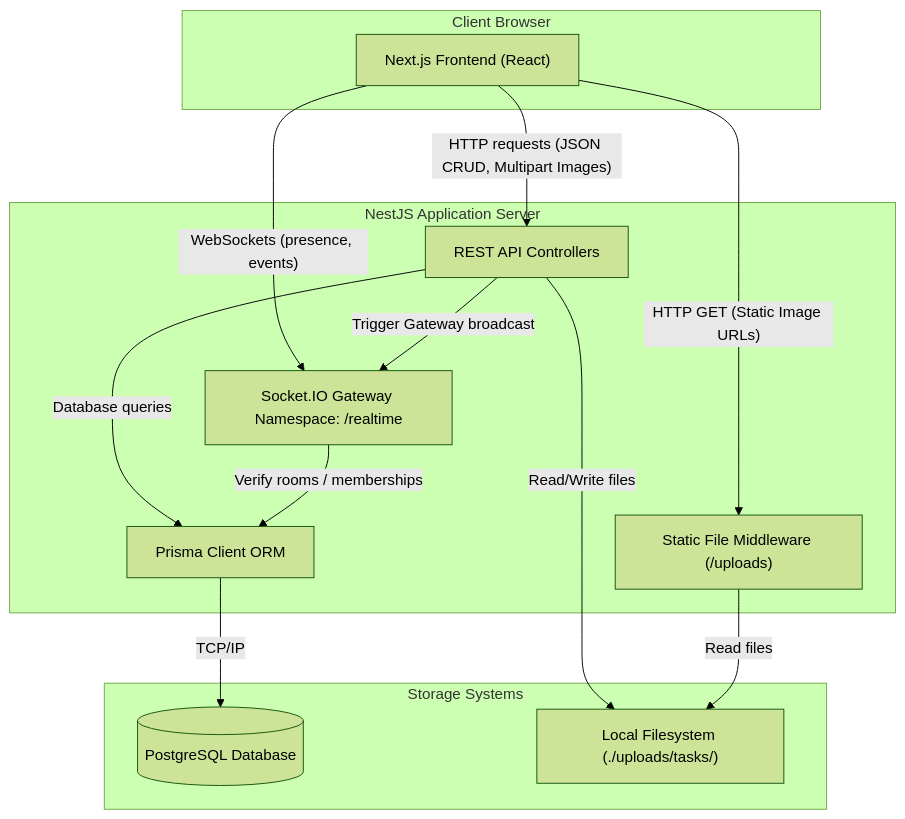
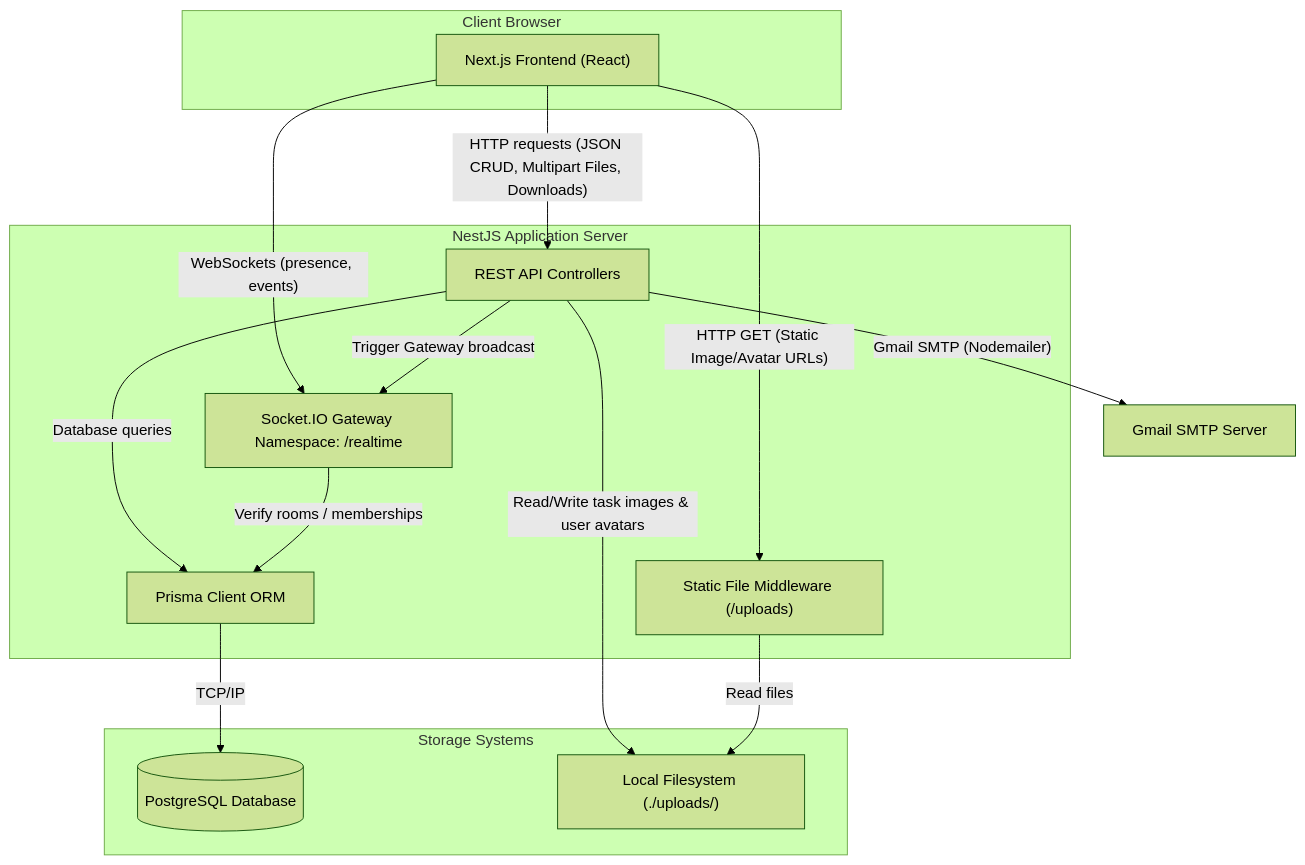
Before and after one commit to KaranByte021104/TaskFlow-Live-Task-Tracking-System-: the first of 2 diagrams in ARCHITECTURE.md, drawn with Mermaid (forest theme). The commit also changed other lines of this file and 35 other files, not shown here.

Commit message:
feat: add Labels, Task Dependencies, User Profile, and CSV/PDF Export

````diff
--- a/ARCHITECTURE.md
+++ b/ARCHITECTURE.md
@@ -11,33 +11,34 @@
 ```mermaid
 graph TD
     subgraph Client ["Client Browser"]
         NextJS["Next.js Frontend (React)"]
     end
 
     subgraph Backend ["NestJS Application Server"]
         RestAPI["REST API Controllers"]
         SocketGateway["Socket.IO Gateway Namespace: /realtime"]
         PrismaClient["Prisma Client ORM"]
         StaticServer["Static File Middleware (/uploads)"]
     end
 
     subgraph Storage ["Storage Systems"]
         Postgres[(PostgreSQL Database)]
-        LocalFS["Local Filesystem (./uploads/tasks/)"]
+        LocalFS["Local Filesystem (./uploads/)"]
     end
 
     %% Client Interactions
-    NextJS -- "HTTP requests (JSON CRUD, Multipart Images)" --> RestAPI
+    NextJS -- "HTTP requests (JSON CRUD, Multipart Files, Downloads)" --> RestAPI
     NextJS -- "WebSockets (presence, events)" --> SocketGateway
-    NextJS -- "HTTP GET (Static Image URLs)" --> StaticServer
+    NextJS -- "HTTP GET (Static Image/Avatar URLs)" --> StaticServer
 
     %% Backend Internals & Storage Connectors
-    RestAPI -- "Read/Write files" --> LocalFS
+    RestAPI -- "Read/Write task images & user avatars" --> LocalFS
     StaticServer -- "Read files" --> LocalFS
     RestAPI -- "Database queries" --> PrismaClient
     SocketGateway -- "Verify rooms / memberships" --> PrismaClient
     PrismaClient -- "TCP/IP" --> Postgres
     
     %% Internal Event Dispatches
     RestAPI -- "Trigger Gateway broadcast" --> SocketGateway
+    RestAPI -- "Gmail SMTP (Nodemailer)" --> GmailSMTP["Gmail SMTP Server"]
 ```
````
